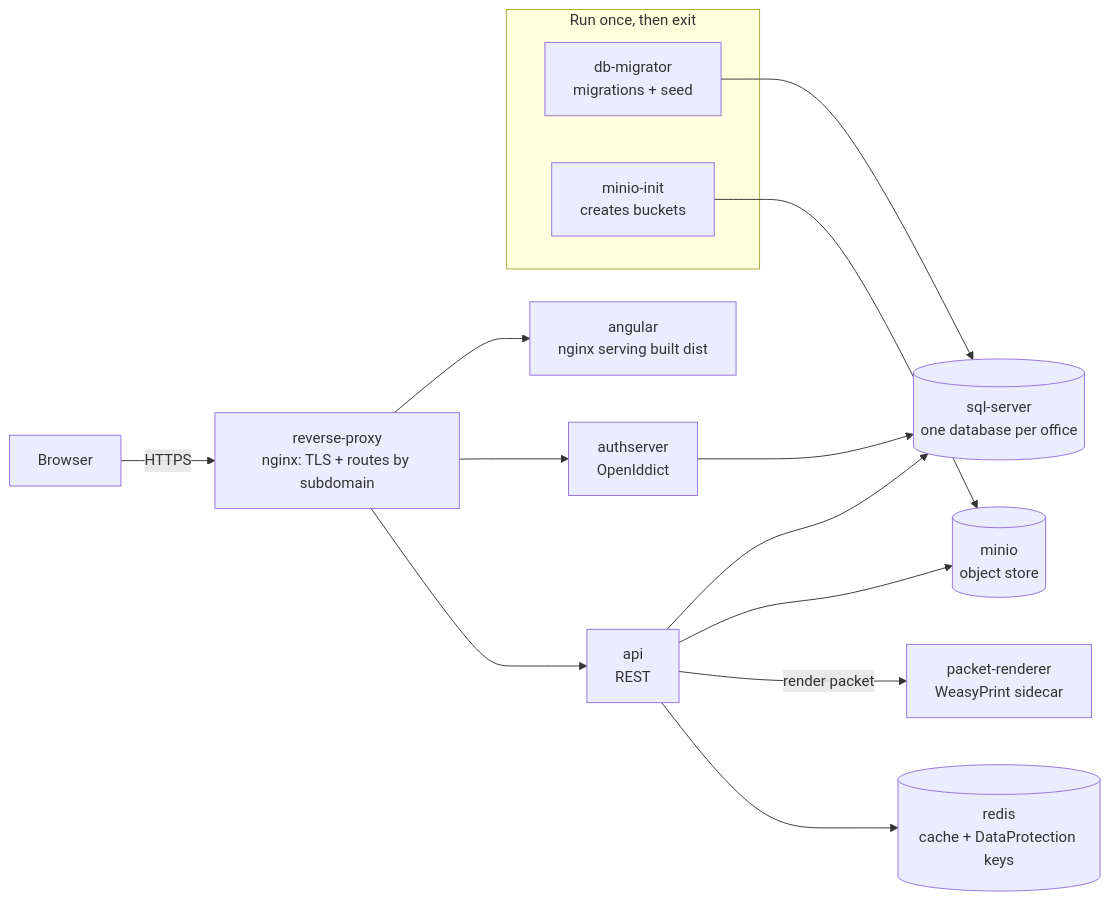
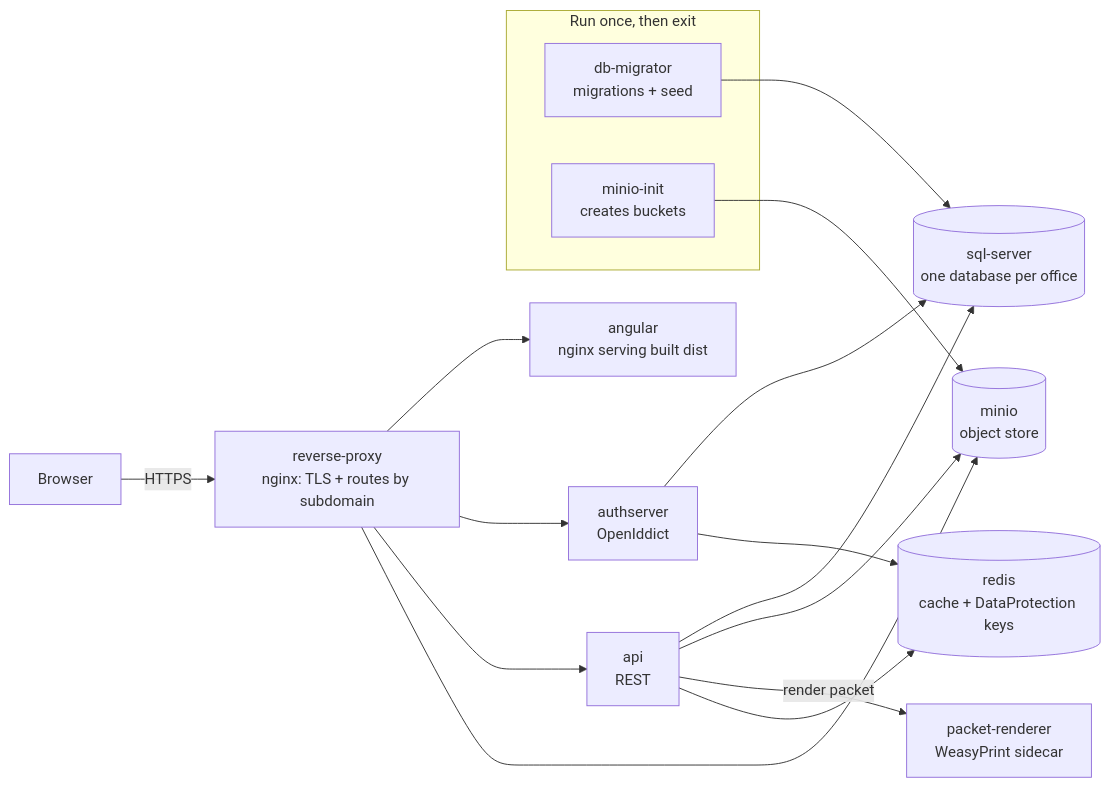
Before and after one commit to gesco-healthcare-support/hcs-patient-portal: the third of 3 diagrams in README.md, drawn with Mermaid. The commit also changed other lines of this file, not shown here.

````diff
--- a/README.md
+++ b/README.md
@@ -635,22 +640,24 @@
 ```mermaid
 flowchart LR
     Client["Browser"] -->|"HTTPS"| Proxy["reverse-proxy<br/>nginx: TLS + routes by subdomain"]
 
     Proxy --> Angular["angular<br/>nginx serving built dist"]
     Proxy --> Auth["authserver<br/>OpenIddict"]
     Proxy --> API["api<br/>REST"]
+    Proxy --> Minio
 
     API --> SQL[("sql-server<br/>one database per office")]
     Auth --> SQL
     API --> Minio[("minio<br/>object store")]
     API -->|"render packet"| Packet["packet-renderer<br/>WeasyPrint sidecar"]
     API --> Redis[("redis<br/>cache + DataProtection keys")]
+    Auth --> Redis
 
     subgraph RunOnce["Run once, then exit"]
         Migrator["db-migrator<br/>migrations + seed"]
         MinioInit["minio-init<br/>creates buckets"]
     end
 
     Migrator --> SQL
     MinioInit --> Minio
 ```
````
